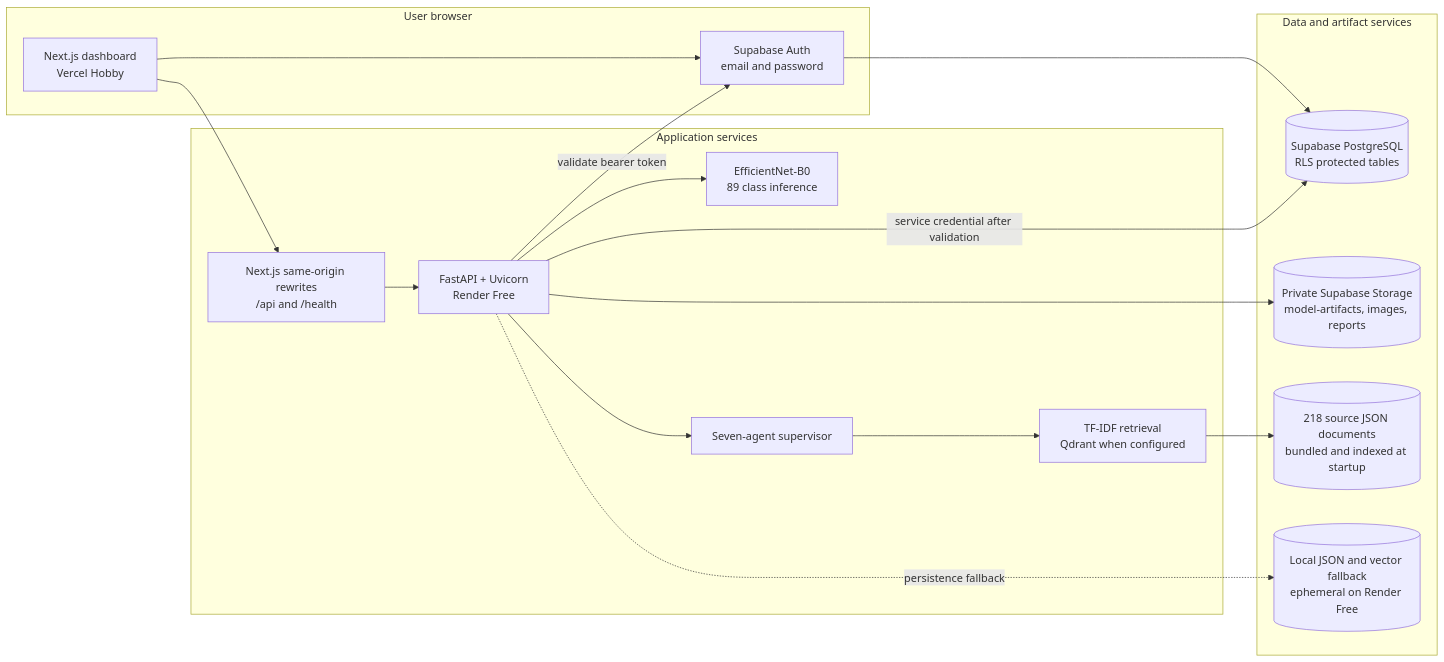
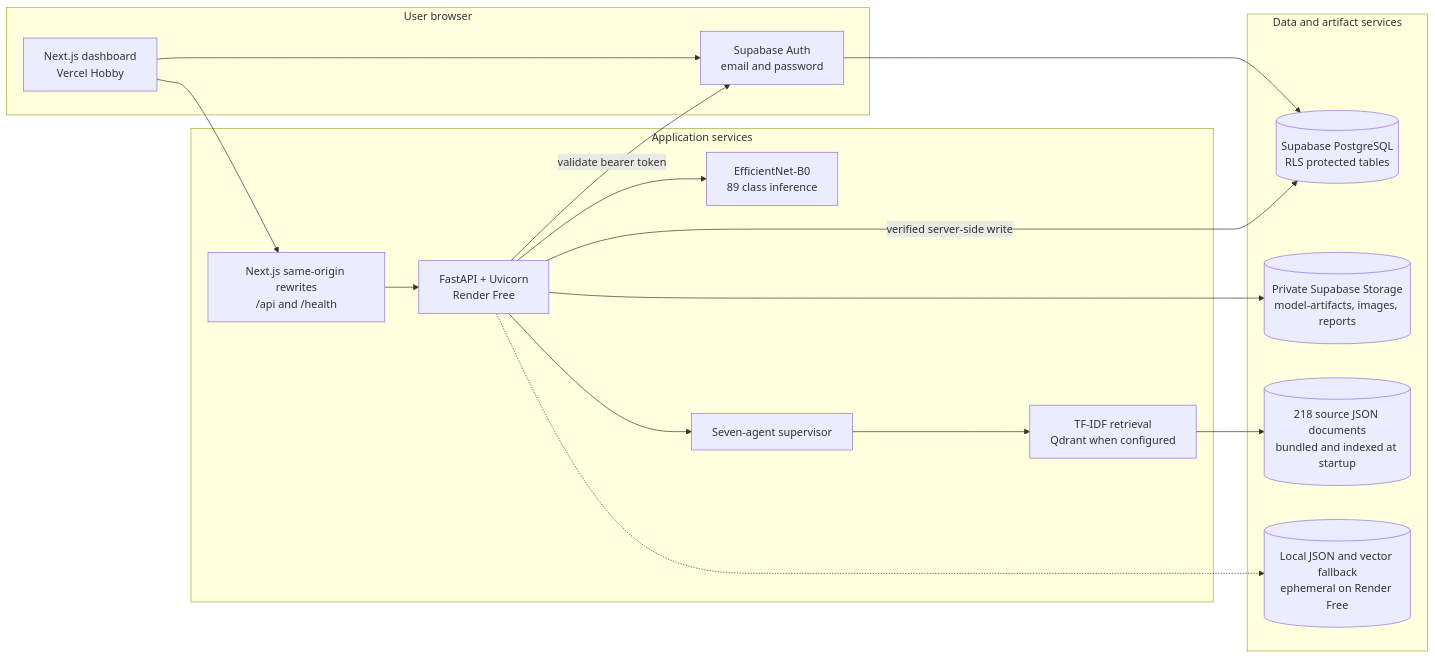
Before and after one commit to Pankaj429w63/Terramind-AI: the first of 6 diagrams in README.md, drawn with Mermaid. The commit also changed other lines of this file, not shown here.

Commit message:
Polish README badges, demo links, and diagrams

````diff
--- a/README.md
+++ b/README.md
@@ -29,32 +47,32 @@
 ```mermaid
 flowchart LR
   subgraph Browser[User browser]
     UI[Next.js dashboard<br/>Vercel Hobby]
     AUTH[Supabase Auth<br/>email and password]
   end
 
   subgraph App[Application services]
     PROXY[Next.js same-origin rewrites<br/>/api and /health]
     API[FastAPI + Uvicorn<br/>Render Free]
     MODEL[EfficientNet-B0<br/>89 class inference]
     AGENTS[Seven-agent supervisor]
     RAG[TF-IDF retrieval<br/>Qdrant when configured]
   end
 
   subgraph Data[Data and artifact services]
     PG[(Supabase PostgreSQL<br/>RLS protected tables)]
     STORE[(Private Supabase Storage<br/>model-artifacts, images, reports)]
     KB[(218 source JSON documents<br/>bundled and indexed at startup)]
     LOCAL[(Local JSON and vector fallback<br/>ephemeral on Render Free)]
   end
 
   UI --> PROXY --> API
   UI --> AUTH --> PG
   API -->|validate bearer token| AUTH
-  API -->|service credential after validation| PG
+  API -->|verified server-side write| PG
   API --> STORE
   API --> MODEL
   API --> AGENTS --> RAG
   RAG --> KB
-  API -. persistence fallback .-> LOCAL
+  API -.-> LOCAL
 ```
````
